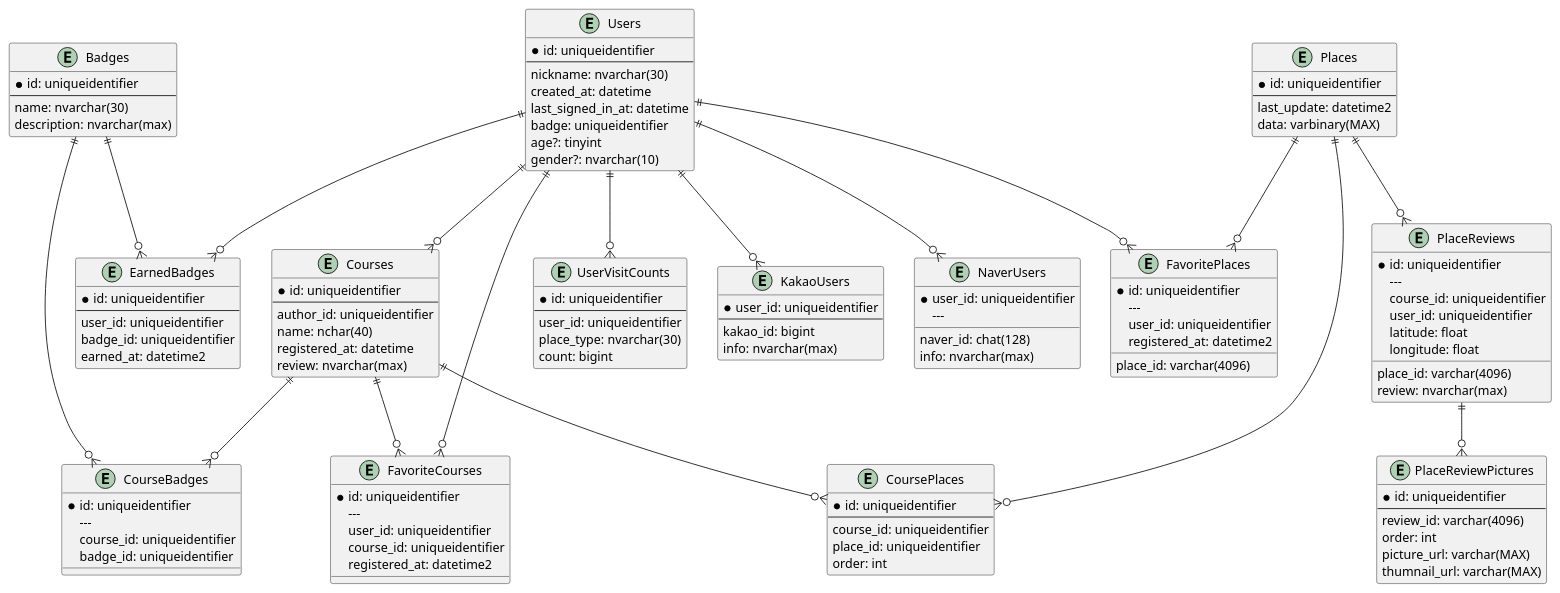
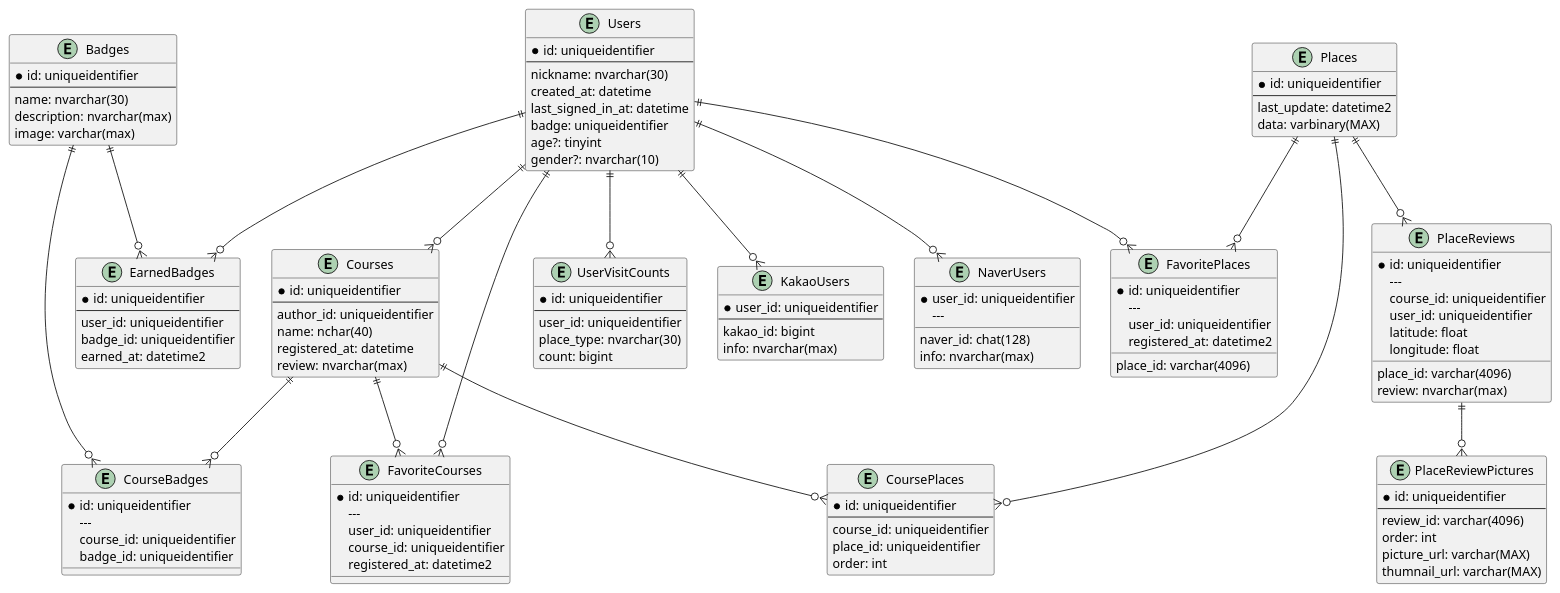
One commit to snowmerak/ggeco changed the diagram in doc/ER.puml. Above: the diagram before and after it, drawn with PlantUML.

```diff
--- a/doc/ER.puml
+++ b/doc/ER.puml
@@ -1,143 +1,144 @@
 @startuml
 
 entity Users {
 	* id: uniqueidentifier
 	---
 	nickname: nvarchar(30)
 	created_at: datetime
 	last_signed_in_at: datetime
 	badge: uniqueidentifier
 	age?: tinyint
 	gender?: nvarchar(10)
 }
 
 entity KakaoUsers {
     * user_id: uniqueidentifier
     ---
     kakao_id: bigint
     info: nvarchar(max)
 }
 
 entity NaverUsers {
 	* user_id: uniqueidentifier
     ---
     naver_id: chat(128)
     info: nvarchar(max)
 }
 
 entity Badges {
     * id: uniqueidentifier
     ---
     name: nvarchar(30)
     description: nvarchar(max)
+    image: varchar(max)
 }
 
 entity EarnedBadges {
     * id: uniqueidentifier
     ---
     user_id: uniqueidentifier
     badge_id: uniqueidentifier
     earned_at: datetime2
 }
 
 entity Places {
 	* id: uniqueidentifier
 	---
 	last_update: datetime2
 	data: varbinary(MAX)
 }
 
 entity PlaceReviews {
 	* id: uniqueidentifier
     ---
     place_id: varchar(4096)
     course_id: uniqueidentifier
     user_id: uniqueidentifier
     latitude: float
     longitude: float
     review: nvarchar(max)
 }
 
 entity PlaceReviewPictures {
 	* id: uniqueidentifier
 	---
 	review_id: varchar(4096)
 	order: int
 	picture_url: varchar(MAX)
 	thumnail_url: varchar(MAX)
 }
 
 entity Courses {
 	* id: uniqueidentifier
 	---
 	author_id: uniqueidentifier
 	name: nchar(40)
 	registered_at: datetime
 	review: nvarchar(max)
 }
 
 entity CoursePlaces {
     * id: uniqueidentifier
     ---
     course_id: uniqueidentifier
     place_id: uniqueidentifier
     order: int
 }
 
 entity CourseBadges {
 	* id: uniqueidentifier
     ---
     course_id: uniqueidentifier
     badge_id: uniqueidentifier
 }
 
 entity FavoriteCourses {
 	* id: uniqueidentifier
     ---
     user_id: uniqueidentifier
     course_id: uniqueidentifier
     registered_at: datetime2
 }
 
 entity FavoritePlaces {
 	* id: uniqueidentifier
     ---
     user_id: uniqueidentifier
     place_id: varchar(4096)
     registered_at: datetime2
 }
 
 entity UserVisitCounts {
     * id: uniqueidentifier
     ---
     user_id: uniqueidentifier
     place_type: nvarchar(30)
     count: bigint
 }
 
 Users ||--o{ KakaoUsers
 Users ||--o{ NaverUsers
 
 Users ||--o{ EarnedBadges
 Badges ||--o{ EarnedBadges
 
 Users ||--o{ FavoriteCourses
 Courses ||--o{ FavoriteCourses
 
 Users ||--o{ FavoritePlaces
 Places ||--o{ FavoritePlaces
 
 Users ||--o{ Courses
 
 Courses ||--o{ CoursePlaces
 Places ||--o{ CoursePlaces
 Places ||--o{ PlaceReviews
 
 PlaceReviews ||--o{ PlaceReviewPictures
 
 Courses ||--o{ CourseBadges
 Badges ||--o{ CourseBadges
 
 Users ||--o{ UserVisitCounts
 
 @enduml
```
